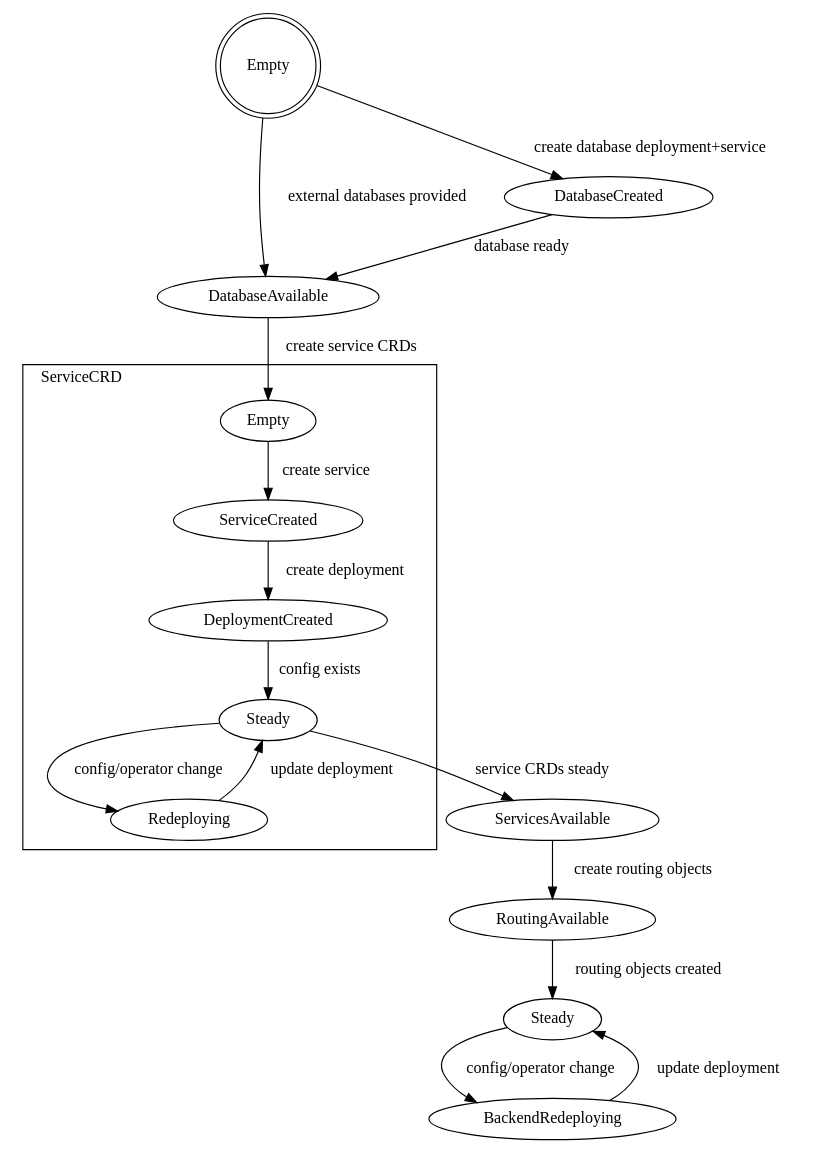
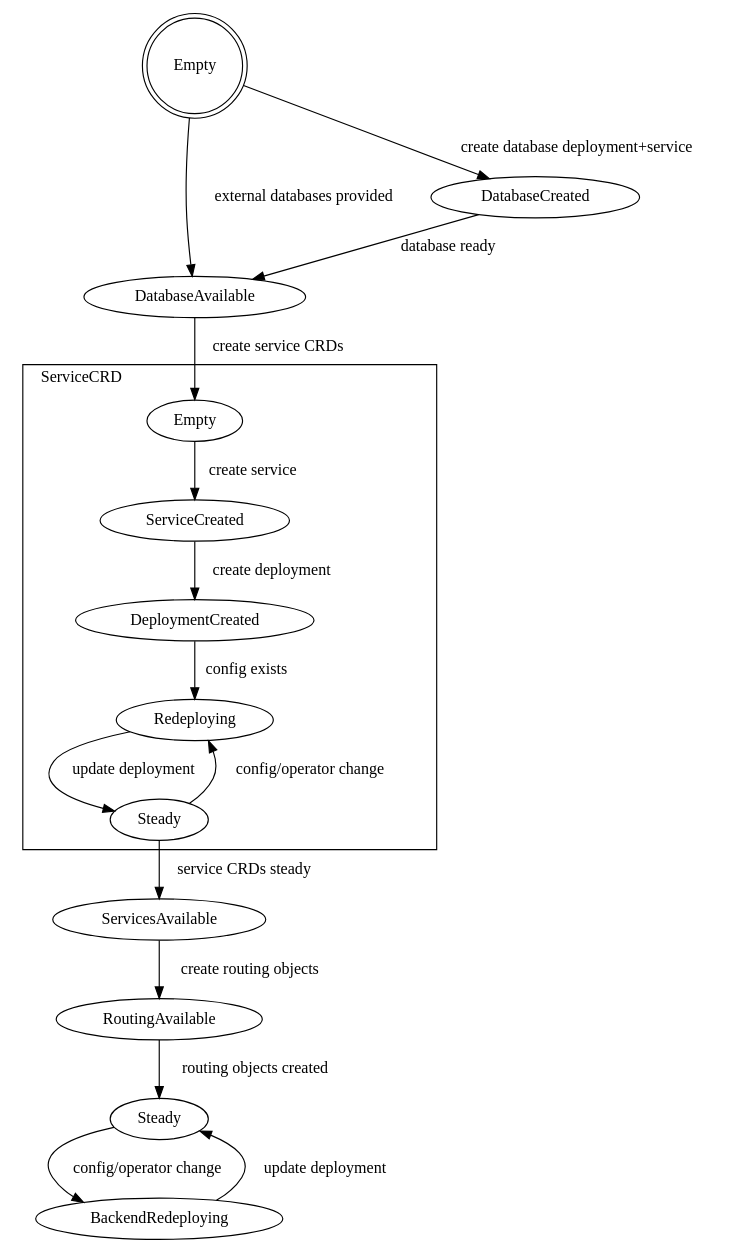
Before and after one commit to quay/clair-operator: the diagram in doc/states.gv, drawn with Graphviz. The commit also changed 3 other files, not shown here.

```diff
--- a/doc/states.gv
+++ b/doc/states.gv
@@ -1,35 +1,35 @@
 digraph Clair {
 	//rankdir = LR;
 	Empty [shape=doublecircle];
 	DatabaseAvailable;
 	ServicesAvailable;
 	RoutingAvailable;
 	Steady;
 	DatabaseCreated;
 	BackendRedeploying;
 	subgraph cluster_Service {
 		label="ServiceCRD";
 		labeljust="l";
 		ServiceEmpty [label="Empty"];
 		ServiceCreated [label="ServiceCreated"];
 		ServiceDeploymentCreated [label="DeploymentCreated"];
 		ServiceSteady [label="Steady"];
 		ServiceRedeploying [label="Redeploying"];
 
 		ServiceEmpty -> ServiceCreated [label="create service"];
 		ServiceCreated -> ServiceDeploymentCreated [label="create deployment"];
-		ServiceDeploymentCreated -> ServiceSteady [label="config exists"];
+		ServiceDeploymentCreated -> ServiceRedeploying [label="config exists"];
+		ServiceRedeploying -> ServiceSteady [label="update deployment"];
 		ServiceSteady -> ServiceRedeploying [label="config/operator change"];
-		ServiceRedeploying -> ServiceSteady [label="update deployment"];
 	};
 
 	Empty -> DatabaseAvailable [label="external databases provided"];
 	Empty -> DatabaseCreated [label="create database deployment+service"];
 	DatabaseCreated -> DatabaseAvailable [label="database ready"];
 	DatabaseAvailable -> ServiceEmpty [label="create service CRDs"];
 	ServiceSteady -> ServicesAvailable [label="service CRDs steady"];
 	ServicesAvailable -> RoutingAvailable [label="create routing objects"];
 	RoutingAvailable -> Steady [label="routing objects created"];
 	Steady -> BackendRedeploying [label="config/operator change"];
 	BackendRedeploying -> Steady [label="update deployment"];
 }
```
